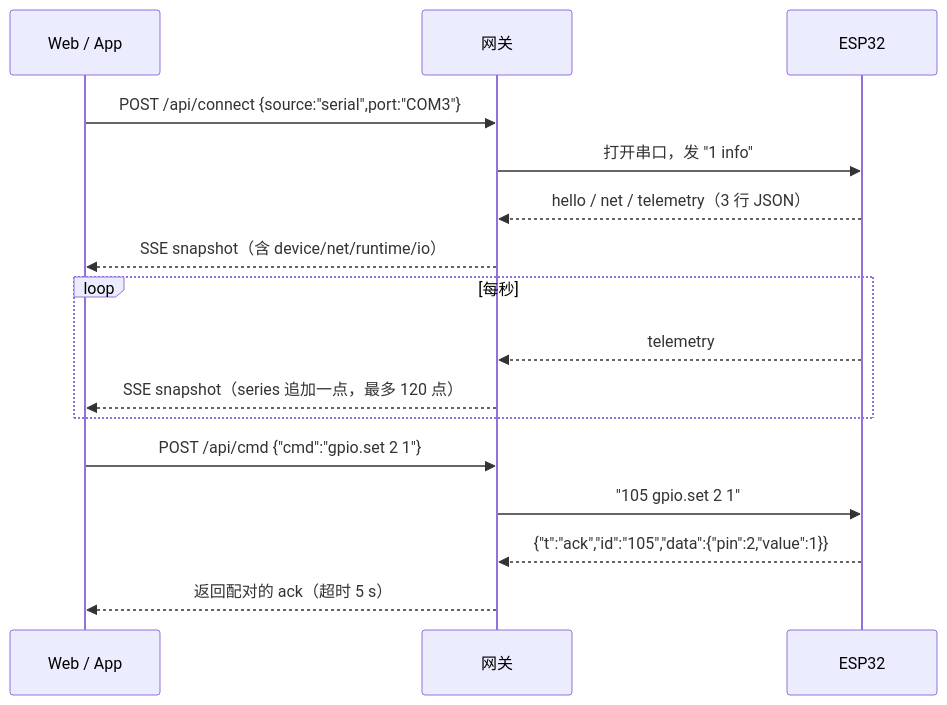
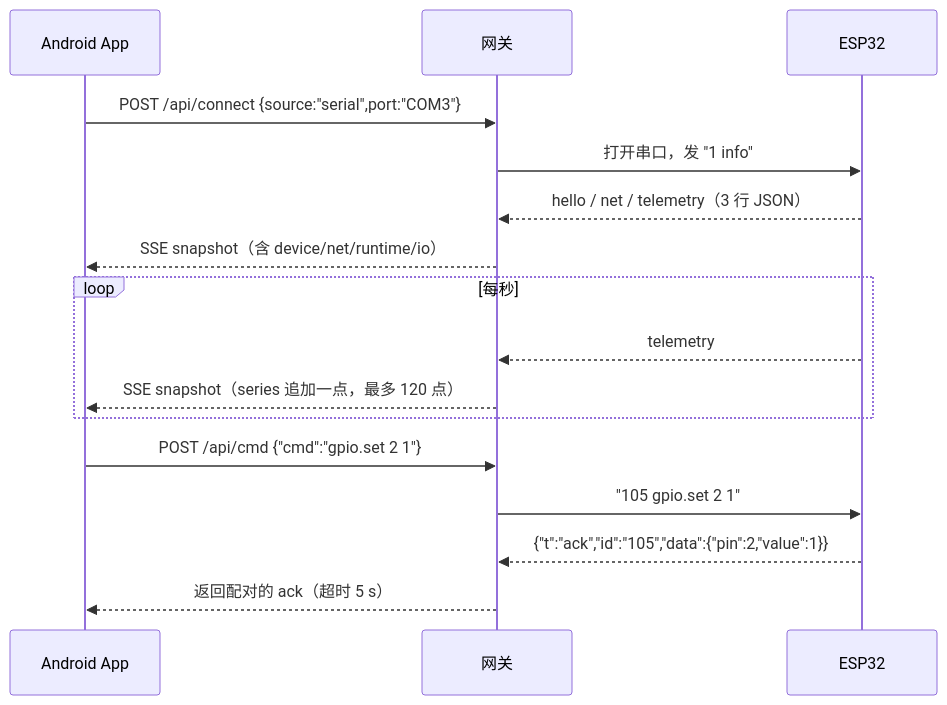
The second of 2 diagrams in docs/esp32/architecture.md (PandaGuGu/stm32-health-monitor), drawn with Mermaid before and after one commit. The commit also changed other lines of this file and 9 other files, not shown here.

````diff
--- a/docs/esp32/architecture.md
+++ b/docs/esp32/architecture.md
@@ -107,19 +104,19 @@
 ```mermaid
 sequenceDiagram
-    participant U as Web / App
+    participant U as Android App
     participant G as 网关
     participant E as ESP32
 
     U->>G: POST /api/connect {source:"serial",port:"COM3"}
     G->>E: 打开串口，发 "1 info"
     E-->>G: hello / net / telemetry（3 行 JSON）
     G-->>U: SSE snapshot（含 device/net/runtime/io）
     loop 每秒
         E-->>G: telemetry
         G-->>U: SSE snapshot（series 追加一点，最多 120 点）
     end
     U->>G: POST /api/cmd {"cmd":"gpio.set 2 1"}
     G->>E: "105 gpio.set 2 1"
     E-->>G: {"t":"ack","id":"105","data":{"pin":2,"value":1}}
     G-->>U: 返回配对的 ack（超时 5 s）
 ```
````
